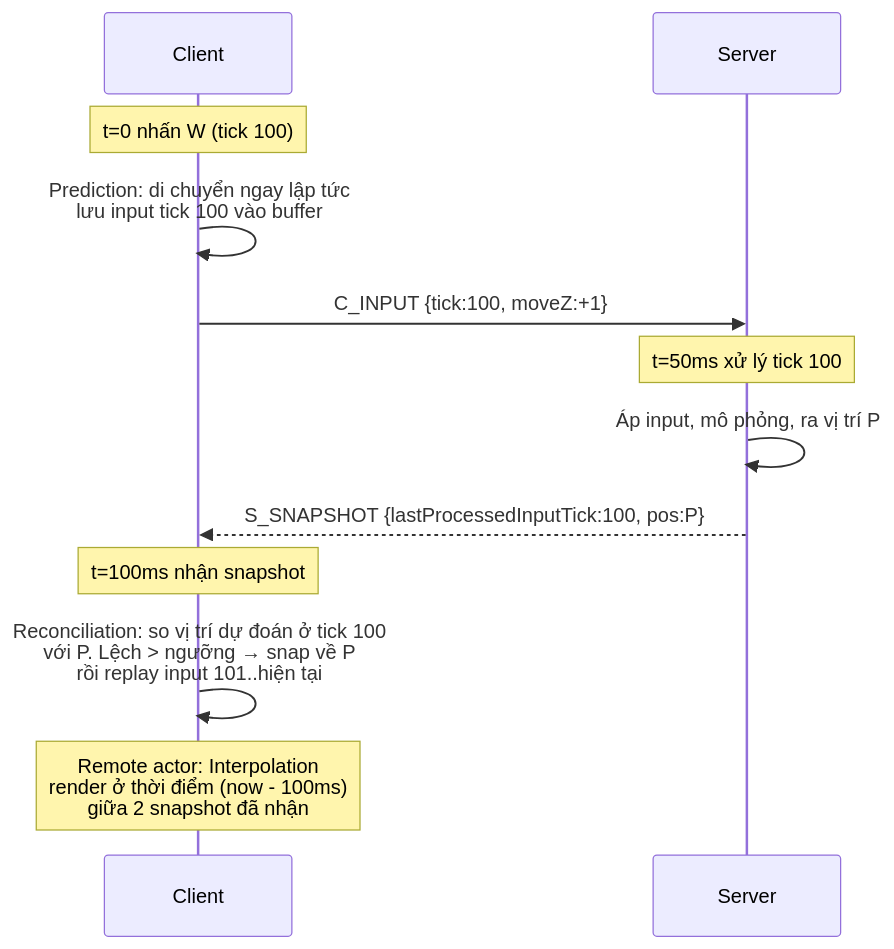
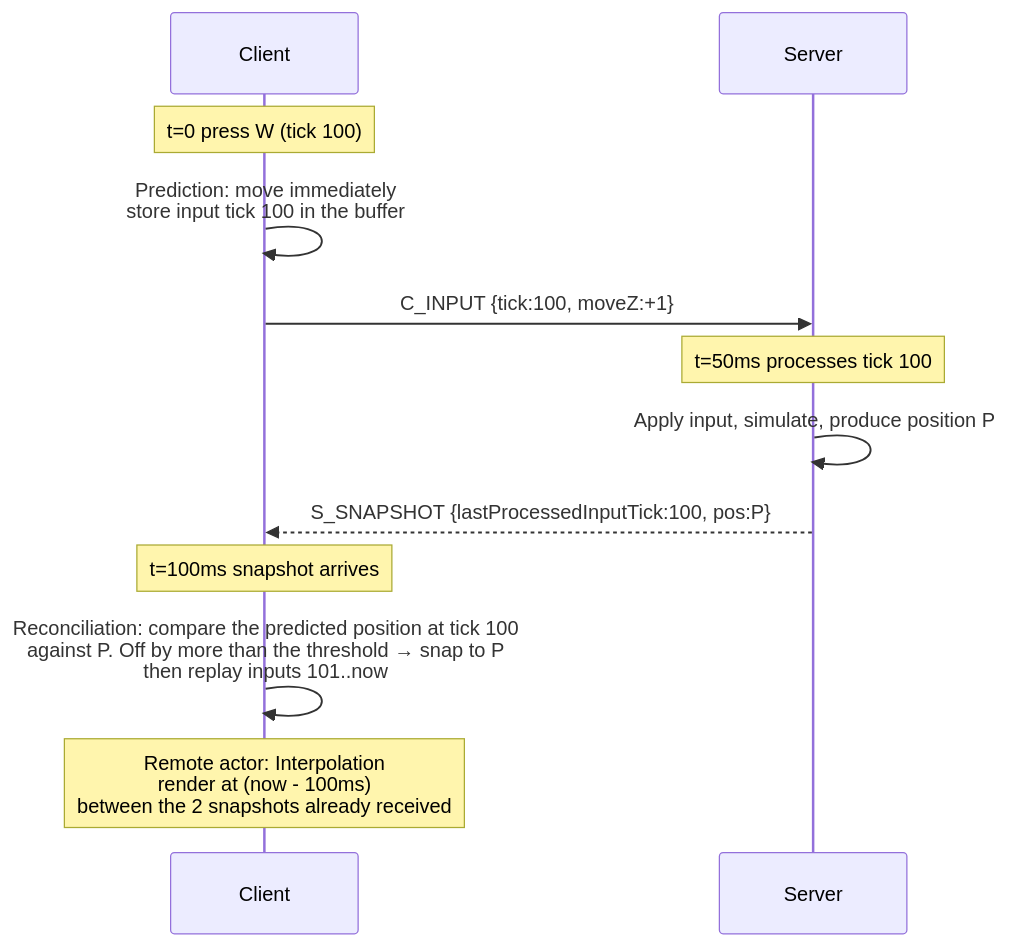
Before and after one commit to Nghaiz/LTM: the second of 3 diagrams in plans/00-shared/architecture.md, drawn with Mermaid. The commit also changed other lines of this file and 34 other files, not shown here.

````diff
--- a/plans/00-shared/architecture.md
+++ b/plans/00-shared/architecture.md
@@ -80,14 +81,14 @@
 ```mermaid
 sequenceDiagram
     participant C as Client
     participant S as Server
-    Note over C: t=0 nhấn W (tick 100)
-    C->>C: Prediction: di chuyển ngay lập tức<br/>lưu input tick 100 vào buffer
+    Note over C: t=0 press W (tick 100)
+    C->>C: Prediction: move immediately<br/>store input tick 100 in the buffer
     C->>S: C_INPUT {tick:100, moveZ:+1}
-    Note over S: t=50ms xử lý tick 100
-    S->>S: Áp input, mô phỏng, ra vị trí P
+    Note over S: t=50ms processes tick 100
+    S->>S: Apply input, simulate, produce position P
     S-->>C: S_SNAPSHOT {lastProcessedInputTick:100, pos:P}
-    Note over C: t=100ms nhận snapshot
-    C->>C: Reconciliation: so vị trí dự đoán ở tick 100<br/>với P. Lệch > ngưỡng → snap về P<br/>rồi replay input 101..hiện tại
-    Note over C: Remote actor: Interpolation<br/>render ở thời điểm (now - 100ms)<br/>giữa 2 snapshot đã nhận
+    Note over C: t=100ms snapshot arrives
+    C->>C: Reconciliation: compare the predicted position at tick 100<br/>against P. Off by more than the threshold → snap to P<br/>then replay inputs 101..now
+    Note over C: Remote actor: Interpolation<br/>render at (now - 100ms)<br/>between the 2 snapshots already received
 ```
````
